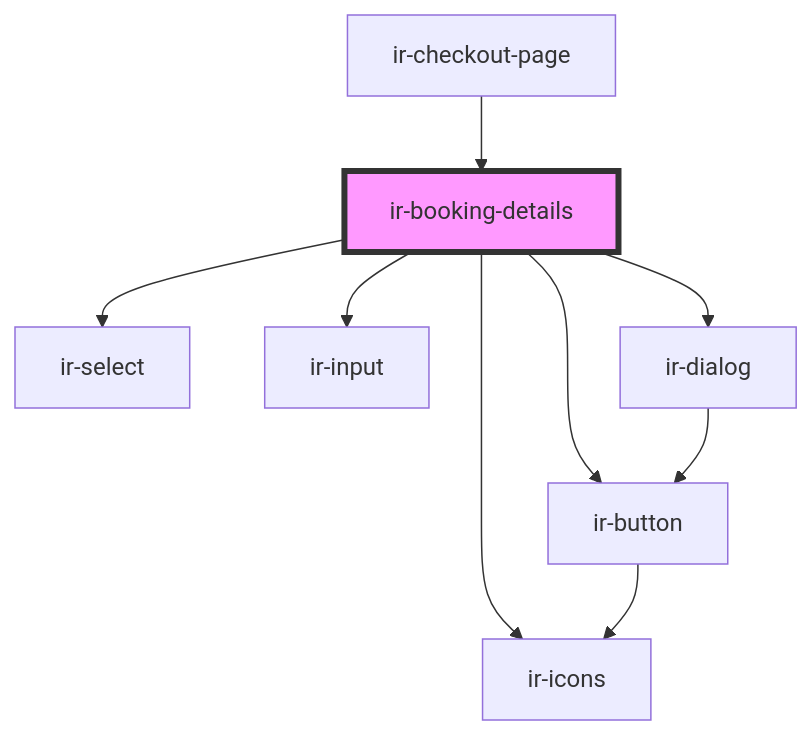
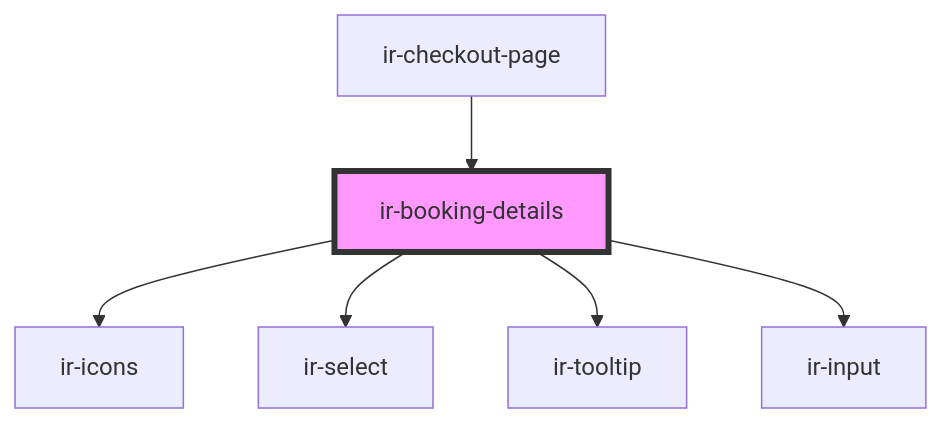
One commit to RonyRizk/ir-be changed the diagram in src/components/ir-booking-engine/ir-checkout-page/ir-booking-details/readme.md. Above: the diagram before and after it, drawn with Mermaid. The commit also changed other lines of this file and 15 other files, not shown here.

````diff
--- a/src/components/ir-booking-engine/ir-checkout-page/ir-booking-details/readme.md
+++ b/src/components/ir-booking-engine/ir-checkout-page/ir-booking-details/readme.md
@@ -37,12 +36,9 @@
 ```mermaid
 graph TD;
   ir-booking-details --> ir-icons
   ir-booking-details --> ir-select
-  ir-booking-details --> ir-button
+  ir-booking-details --> ir-tooltip
   ir-booking-details --> ir-input
-  ir-booking-details --> ir-dialog
-  ir-button --> ir-icons
-  ir-dialog --> ir-button
   ir-checkout-page --> ir-booking-details
   style ir-booking-details fill:#f9f,stroke:#333,stroke-width:4px
 ```
````
